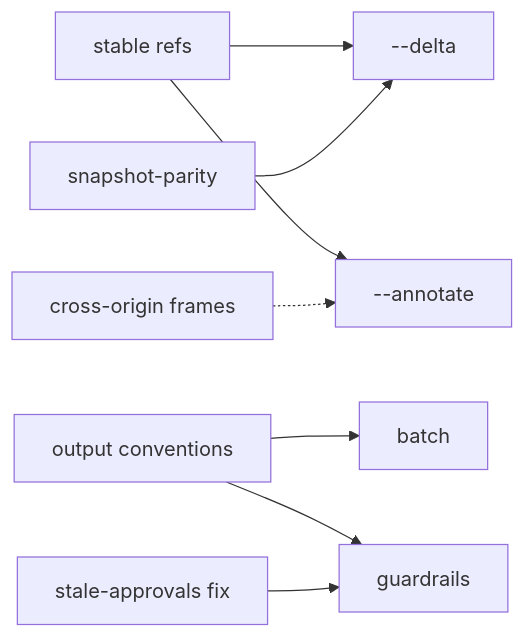
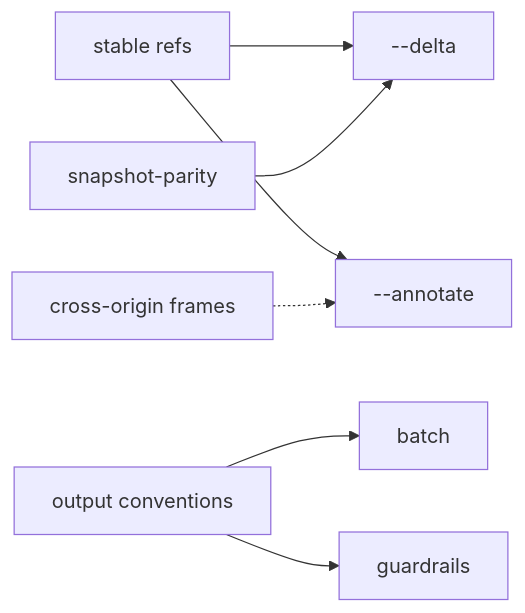
One commit to ThilinaTLM/browser-valet changed the diagram in docs/proposals/agent-browser-parity/README.md. Above: the diagram before and after it, drawn with Mermaid. The commit also changed 11 other files, not shown here.

First line of the commit message:
fix(security): drop stale approvals and fail pending consent when the tab closes

````diff
--- a/docs/proposals/agent-browser-parity/README.md
+++ b/docs/proposals/agent-browser-parity/README.md
@@ -36,10 +36,9 @@
 ```mermaid
 flowchart LR
   SD[stable refs] --> DL[--delta]
   SD --> AN[--annotate]
   SP[snapshot-parity] --> DL
   OC[output conventions] --> B[batch]
   OC --> G[guardrails]
-  SA[stale-approvals fix] --> G
   XF[cross-origin frames] -.-> AN
 ```
````
